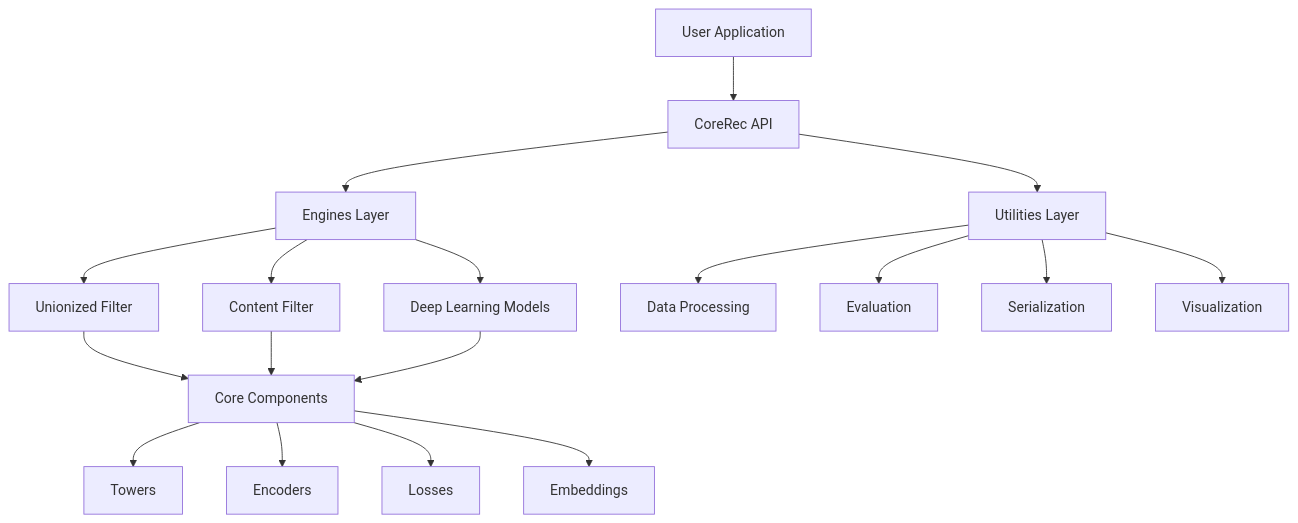
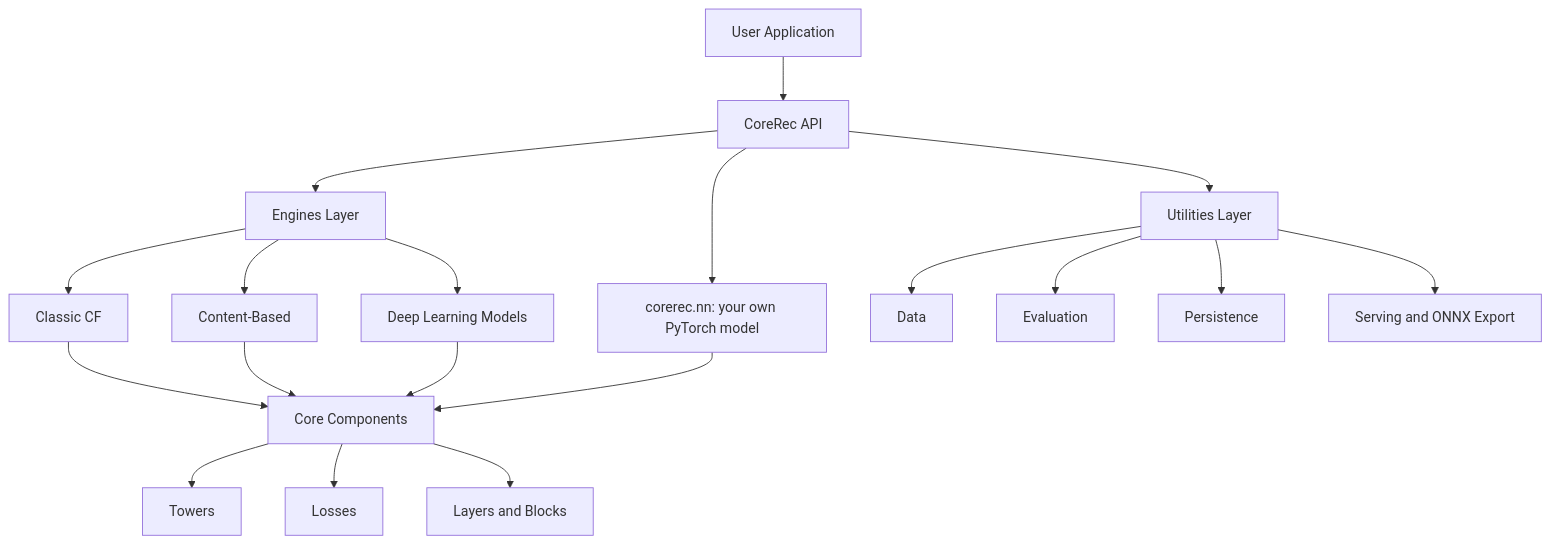
The first of 2 diagrams in docs/getting-started/architecture.md (vishesh9131/CoreRec), drawn with Mermaid before and after one commit. The commit also changed other lines of this file and 1 other file, not shown here.

First line of the commit message:
docs/getting-started/architecture: describe the library as it is now

````diff
--- a/docs/getting-started/architecture.md
+++ b/docs/getting-started/architecture.md
@@ -17,20 +17,21 @@
 ```mermaid
 graph TB
     A[User Application] --> B[CoreRec API]
     B --> C[Engines Layer]
-    C --> D[Unionized Filter]
-    C --> E[Content Filter]
+    C --> D[Classic CF]
+    C --> E[Content-Based]
     C --> F[Deep Learning Models]
+    B --> NN[corerec.nn: your own PyTorch model]
     D --> G[Core Components]
     E --> G
     F --> G
+    NN --> G
     G --> H[Towers]
-    G --> I[Encoders]
     G --> J[Losses]
-    G --> K[Embeddings]
+    G --> K[Layers and Blocks]
     B --> L[Utilities Layer]
-    L --> M[Data Processing]
+    L --> M[Data]
     L --> N[Evaluation]
-    L --> O[Serialization]
-    L --> P[Visualization]
+    L --> O[Persistence]
+    L --> P[Serving and ONNX Export]
 ```
````
